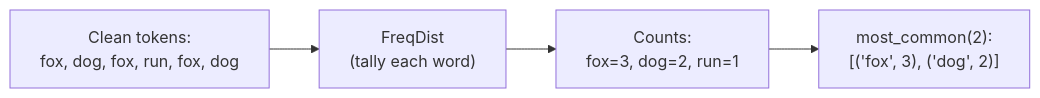
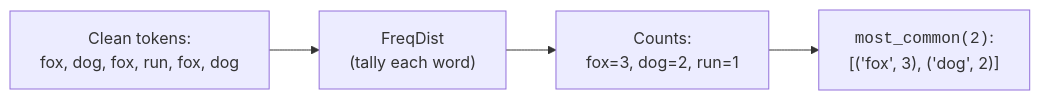
Before and after one commit to dataslope/dataslope: the diagram in content/learn/natural-language-processing-python/frequency-distributions.mdx, drawn with Mermaid. The commit also changed 153 other files, not shown here.

First line of the commit message:
Render code-only mermaid shapes in monospace; convert step sequences to Steps

````diff
--- a/content/learn/natural-language-processing-python/frequency-distributions.mdx
+++ b/content/learn/natural-language-processing-python/frequency-distributions.mdx
@@ -19,6 +19,6 @@
 ```mermaid
 flowchart LR
     A["Clean tokens:<br/>fox, dog, fox, run, fox, dog"] --> B["FreqDist<br/>(tally each word)"]
     B --> C["Counts:<br/>fox=3, dog=2, run=1"]
-    C --> D["most_common(2):<br/>[('fox', 3), ('dog', 2)]"]
+    C --> D["<code>most_common(2)</code>:<br/>[('fox', 3), ('dog', 2)]"]
 ```
````
